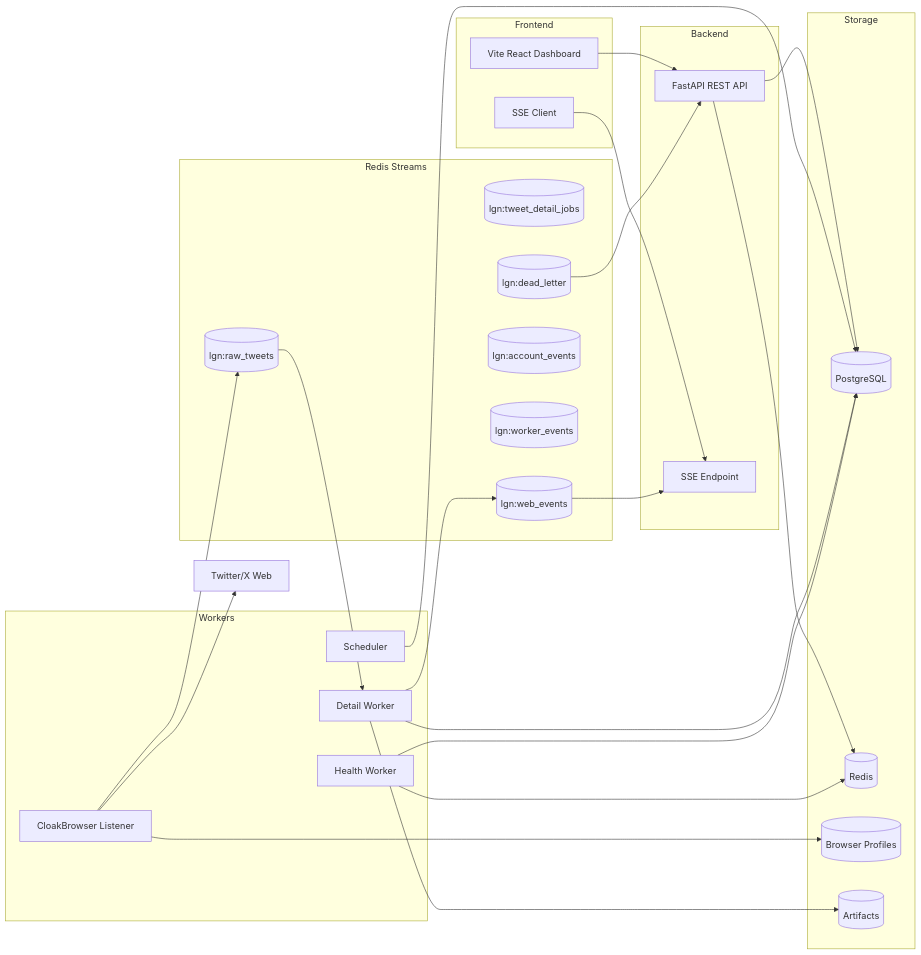
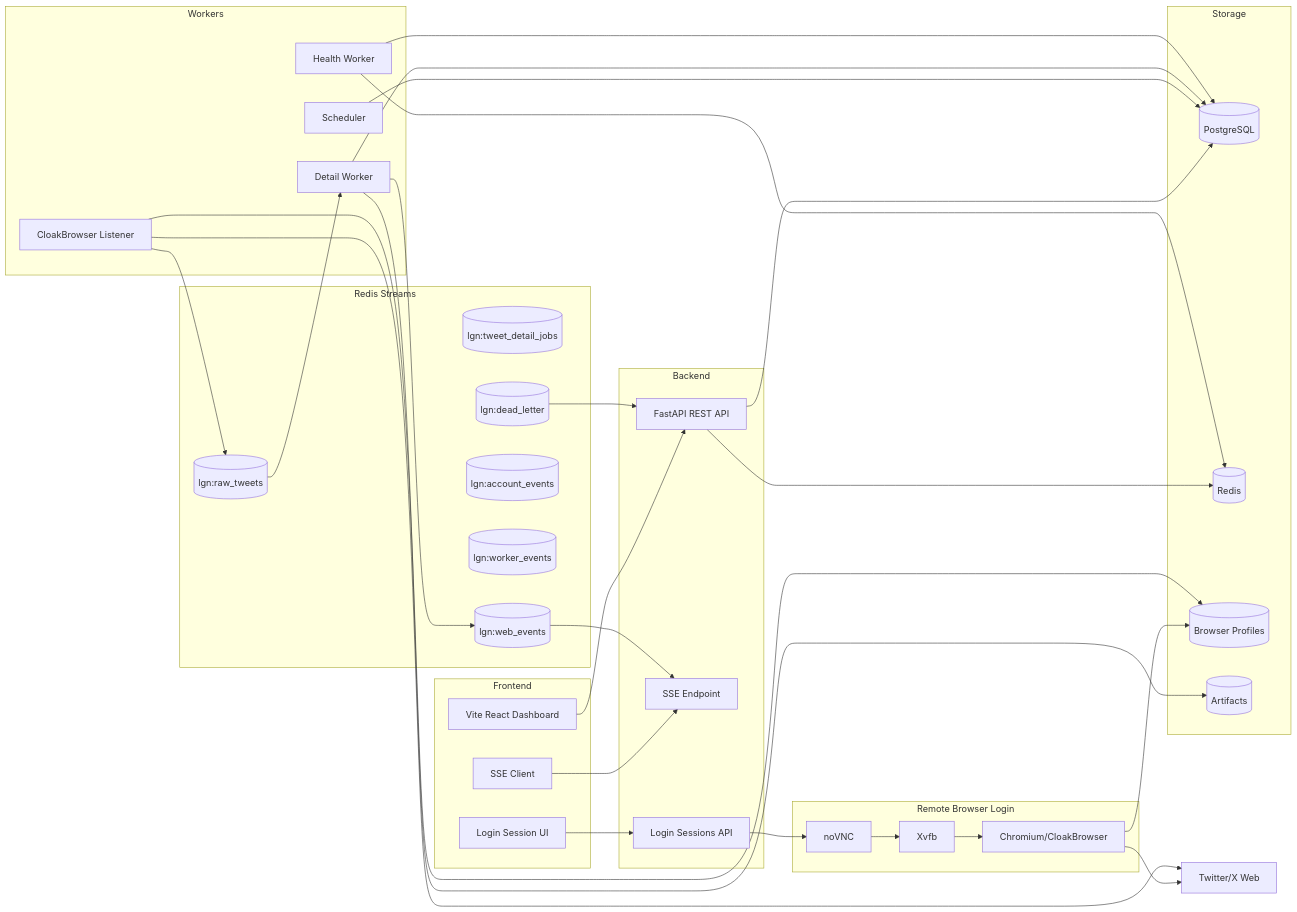
The first of 5 diagrams in docs/architecture.md (Guranta/ganksnews), drawn with Mermaid before and after one commit. The commit also changed other lines of this file and 4 other files, not shown here.

Commit message:
docs: add novnc login session plan

````diff
--- a/docs/architecture.md
+++ b/docs/architecture.md
@@ -5,54 +5,68 @@
 ```mermaid
 flowchart LR
     subgraph Web[Frontend]
         UI[Vite React Dashboard]
         SSEClient[SSE Client]
+        LoginUI[Login Session UI]
     end
 
     subgraph API[Backend]
         FastAPI[FastAPI REST API]
         SSE[SSE Endpoint]
+        LoginSessions[Login Sessions API]
+    end
+
+    subgraph RemoteBrowser[Remote Browser Login]
+        NoVNC[noVNC]
+        Xvfb[Xvfb]
+        LoginBrowser[Chromium/CloakBrowser]
     end
 
     subgraph Workers[Workers]
         Scheduler[Scheduler]
         Listener[CloakBrowser Listener]
         Detail[Detail Worker]
         Health[Health Worker]
     end
 
     subgraph Queue[Redis Streams]
         RawTweets[(lgn:raw_tweets)]
         DetailJobs[(lgn:tweet_detail_jobs)]
         WebEvents[(lgn:web_events)]
         AccountEvents[(lgn:account_events)]
         WorkerEvents[(lgn:worker_events)]
         DeadLetter[(lgn:dead_letter)]
     end
 
     subgraph Storage[Storage]
         PG[(PostgreSQL)]
         Redis[(Redis)]
         Profiles[(Browser Profiles)]
         Artifacts[(Artifacts)]
     end
 
     X[Twitter/X Web]
 
     UI --> FastAPI
     SSEClient --> SSE
+    LoginUI --> LoginSessions
     FastAPI --> PG
     FastAPI --> Redis
+    LoginSessions --> NoVNC
+    NoVNC --> Xvfb
+    Xvfb --> LoginBrowser
+    LoginBrowser --> X
+    LoginBrowser --> Profiles
     Scheduler --> PG
     Listener --> Profiles
     Listener --> X
     Listener --> RawTweets
     RawTweets --> Detail
     Detail --> PG
     Detail --> WebEvents
     Detail --> Artifacts
     WebEvents --> SSE
     Health --> PG
     Health --> Redis
     DeadLetter --> FastAPI
 ```
````
